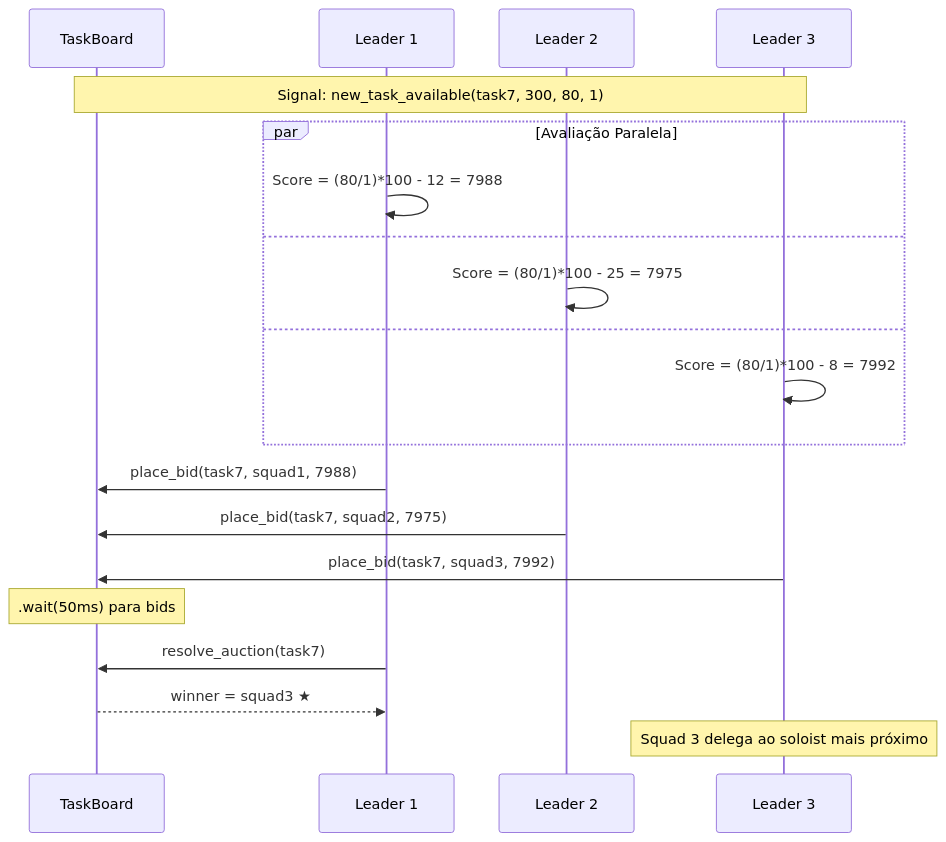
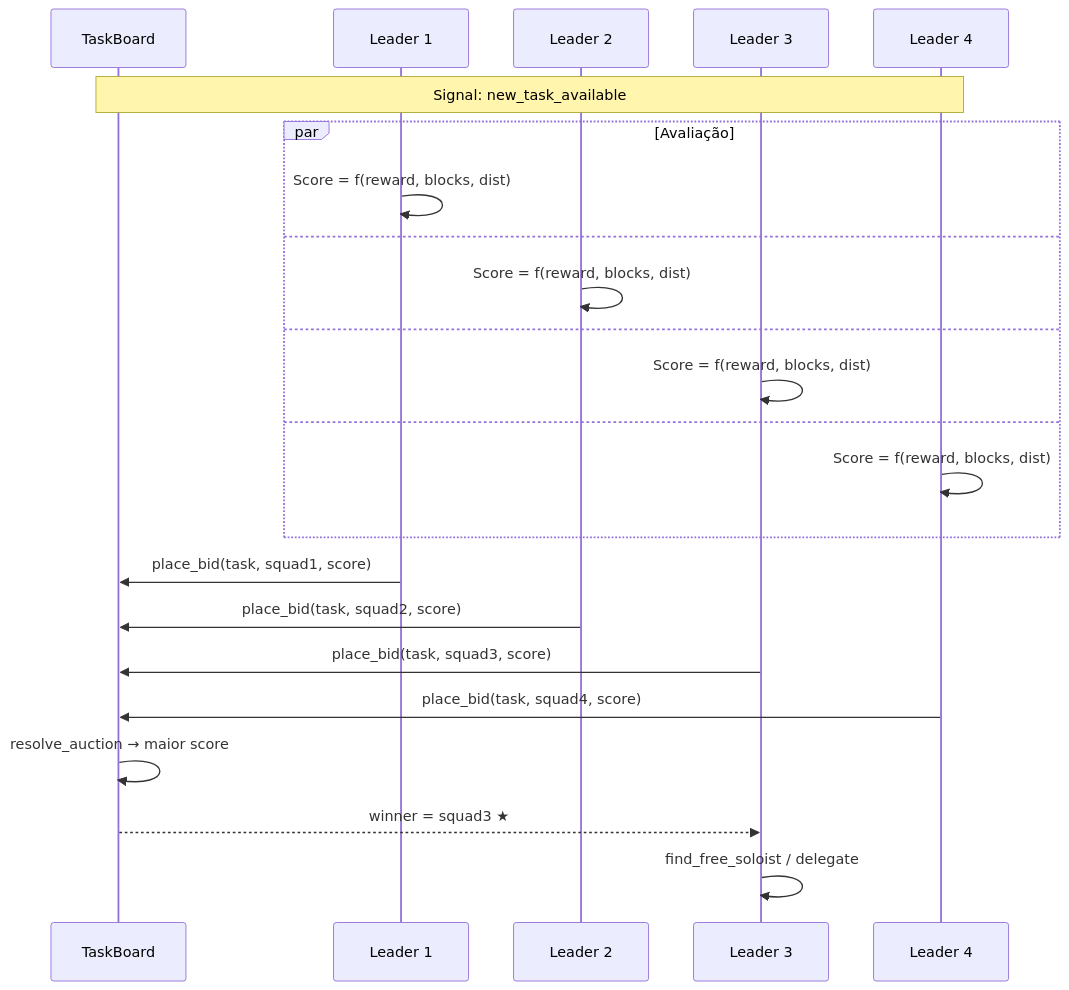
One commit to THIAGONOMA/PCS5703-MAS-HIVE changed the sixth of 7 diagrams in README.md. Above: the diagram before and after it, drawn with Mermaid. The commit also changed other lines of this file and 8 other files, not shown here.

````diff
--- a/README.md
+++ b/README.md
@@ -456,28 +174,29 @@
 ```mermaid
 sequenceDiagram
     participant TB as TaskBoard
     participant L1 as Leader 1
     participant L2 as Leader 2
     participant L3 as Leader 3
+    participant L4 as Leader 4
 
-    Note over TB,L3: Signal: new_task_available(task7, 300, 80, 1)
+    Note over TB,L4: Signal: new_task_available
     
-    par Avaliação Paralela
-        L1->>L1: Score = (80/1)*100 - 12 = 7988
+    par Avaliação
+        L1->>L1: Score = f(reward, blocks, dist)
     and
-        L2->>L2: Score = (80/1)*100 - 25 = 7975
+        L2->>L2: Score = f(reward, blocks, dist)
     and
-        L3->>L3: Score = (80/1)*100 - 8 = 7992
+        L3->>L3: Score = f(reward, blocks, dist)
+    and
+        L4->>L4: Score = f(reward, blocks, dist)
     end
     
-    L1->>TB: place_bid(task7, squad1, 7988)
-    L2->>TB: place_bid(task7, squad2, 7975)
-    L3->>TB: place_bid(task7, squad3, 7992)
+    L1->>TB: place_bid(task, squad1, score)
+    L2->>TB: place_bid(task, squad2, score)
+    L3->>TB: place_bid(task, squad3, score)
+    L4->>TB: place_bid(task, squad4, score)
     
-    Note over TB: .wait(50ms) para bids
-    
-    L1->>TB: resolve_auction(task7)
-    TB-->>L1: winner = squad3 ★
-    
-    Note over L3: Squad 3 delega ao soloist mais próximo
+    TB->>TB: resolve_auction → maior score
+    TB-->>L3: winner = squad3 ★
+    L3->>L3: find_free_soloist / delegate
 ```
````
